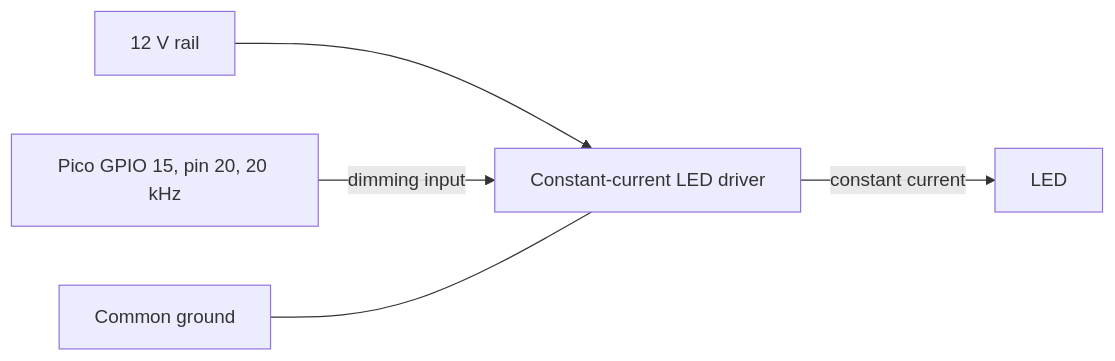
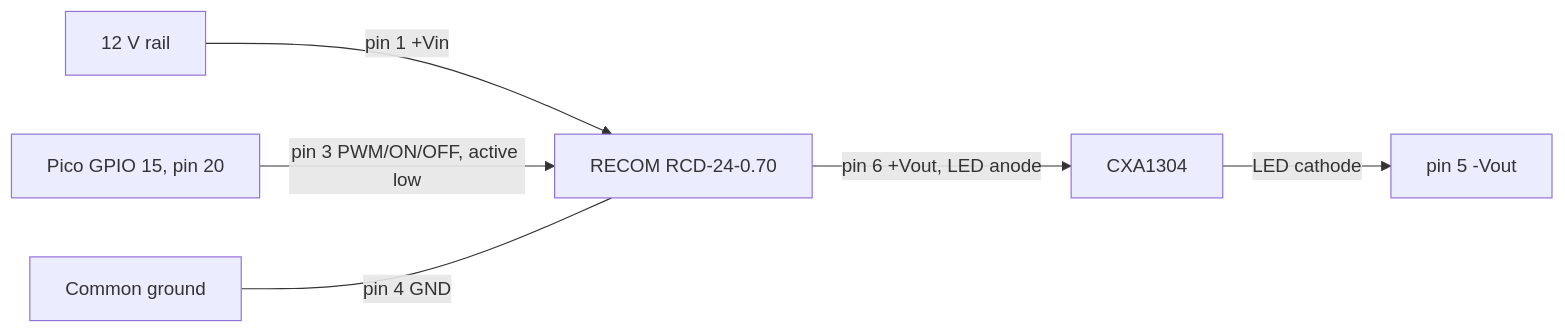
The fourth of 4 diagrams in docs/design/wiring.md (hess105/Super8FilmScanner), drawn with Mermaid before and after one commit. The commit also changed other lines of this file and 4 other files, not shown here.

````diff
--- a/docs/design/wiring.md
+++ b/docs/design/wiring.md
@@ -143,7 +147,8 @@
 ```mermaid
 flowchart LR
-    R12[12 V rail] --> LDV[Constant-current LED driver]
-    PWM[Pico GPIO 15, pin 20, 20 kHz] -->|dimming input| LDV
-    LDV -->|constant current| LED[LED]
-    GND[Common ground] --- LDV
+    R12[12 V rail] -->|pin 1 +Vin| LDV[RECOM RCD-24-0.70]
+    PWM[Pico GPIO 15, pin 20] -->|pin 3 PWM/ON/OFF, active low| LDV
+    LDV -->|pin 6 +Vout, LED anode| LED[CXA1304]
+    LED -->|LED cathode| LDV5[pin 5 -Vout]
+    GND[Common ground] ---|pin 4 GND| LDV
 ```
````
